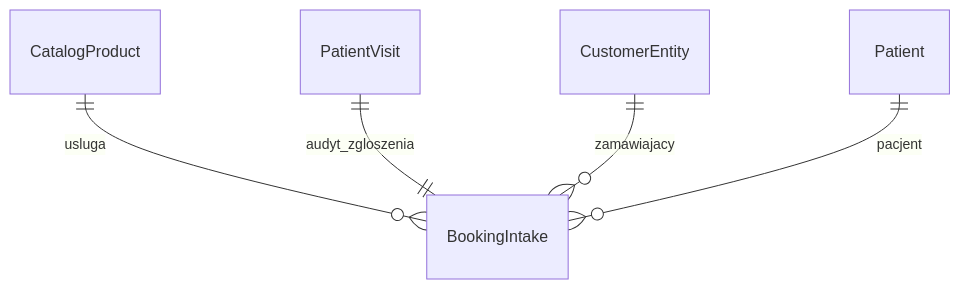
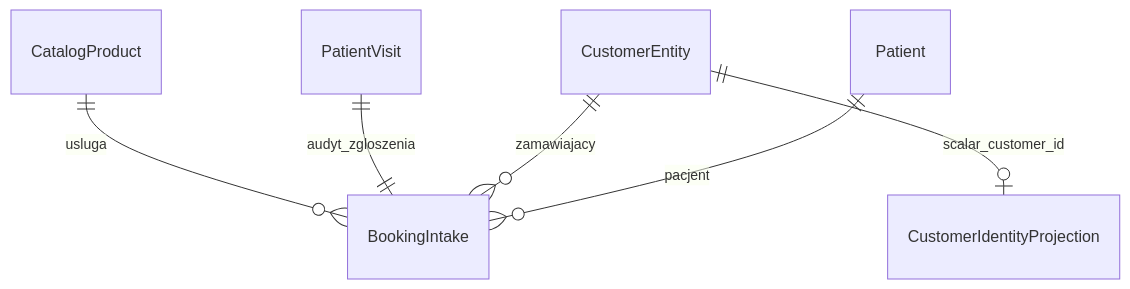
The diagram in .ai/specs/2026-10-01-public-visit-booking-website.md (pkarw/polanaprzygody-hrm), drawn with Mermaid before and after one commit. The commit also changed other lines of this file and 160 other files, not shown here.

````diff
--- a/.ai/specs/2026-10-01-public-visit-booking-website.md
+++ b/.ai/specs/2026-10-01-public-visit-booking-website.md
@@ -230,7 +230,8 @@
 ```mermaid
 erDiagram
   CatalogProduct ||--o{ BookingIntake : usluga
   PatientVisit ||--|| BookingIntake : audyt_zgloszenia
   CustomerEntity ||--o{ BookingIntake : zamawiajacy
   Patient ||--o{ BookingIntake : pacjent
+  CustomerEntity ||--o| CustomerIdentityProjection : scalar_customer_id
 ```
````
